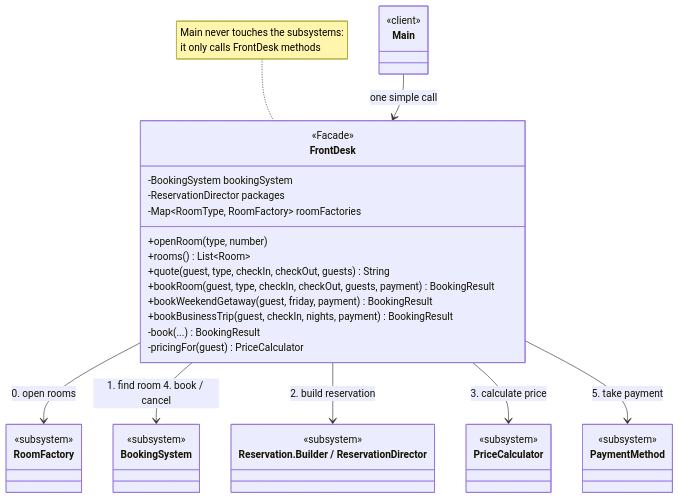
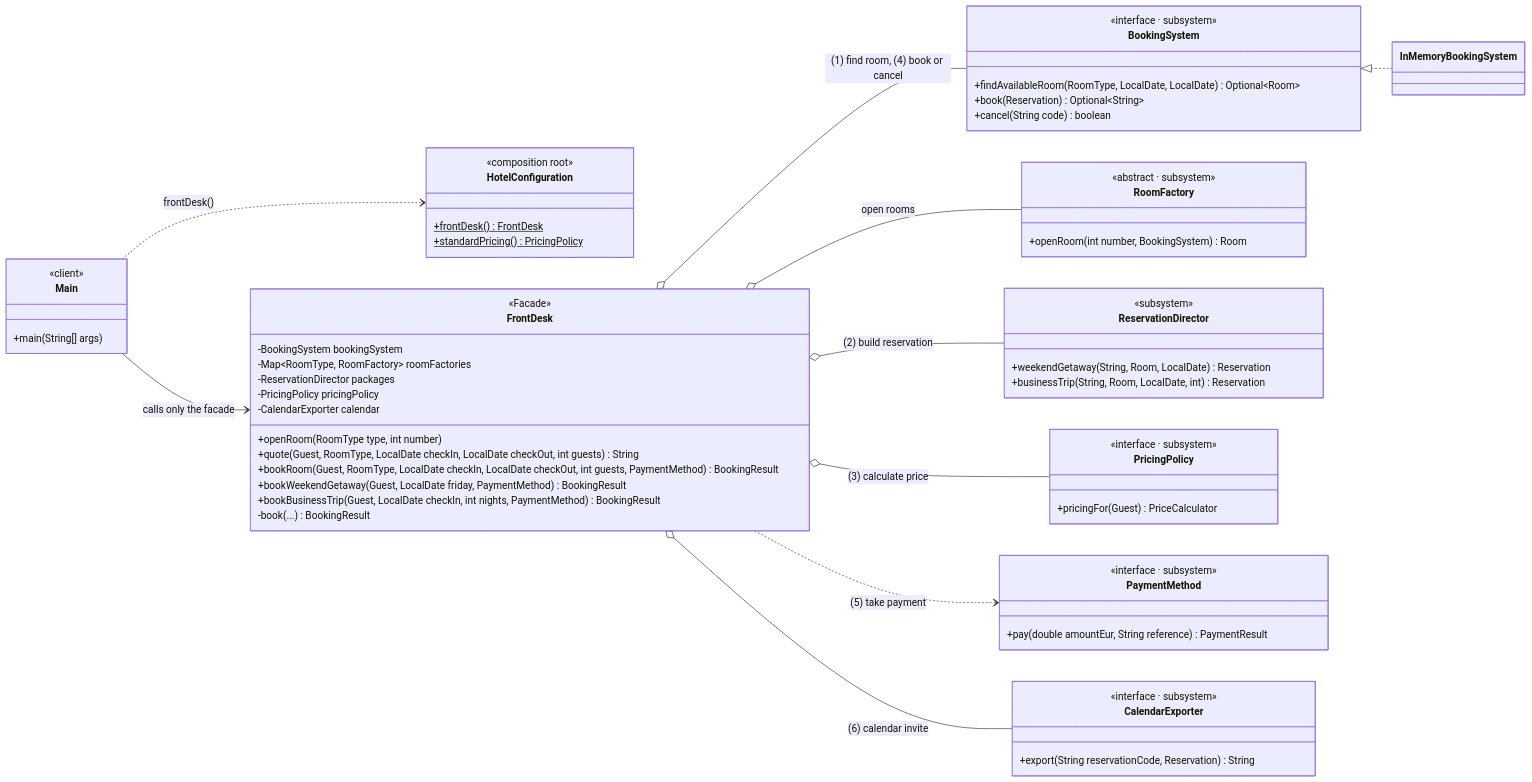
One commit to chiriladam/tmps-labs changed the diagram in lab2/diagrams/2-facade.mmd. Above: the diagram before and after it, drawn with Mermaid. The commit also changed 9 other files, not shown here.

Commit message:
Lab 2: update diagrams for the new design and re-render the PNGs

```diff
--- a/lab2/diagrams/2-facade.mmd
+++ b/lab2/diagrams/2-facade.mmd
@@ -1,42 +1,62 @@
 classDiagram
-    direction TB
+    direction LR
     class Main {
         <<client>>
+        +main(String[] args)
+    }
+    class HotelConfiguration {
+        <<composition root>>
+        +frontDesk()$ FrontDesk
+        +standardPricing()$ PricingPolicy
     }
     class FrontDesk {
         <<Facade>>
         -BookingSystem bookingSystem
+        -Map~RoomType, RoomFactory~ roomFactories
         -ReservationDirector packages
-        -Map~RoomType, RoomFactory~ roomFactories
-        +openRoom(type, number)
-        +rooms() List~Room~
-        +quote(guest, type, checkIn, checkOut, guests) String
-        +bookRoom(guest, type, checkIn, checkOut, guests, payment) BookingResult
-        +bookWeekendGetaway(guest, friday, payment) BookingResult
-        +bookBusinessTrip(guest, checkIn, nights, payment) BookingResult
+        -PricingPolicy pricingPolicy
+        -CalendarExporter calendar
+        +openRoom(RoomType type, int number)
+        +quote(Guest, RoomType, LocalDate checkIn, LocalDate checkOut, int guests) String
+        +bookRoom(Guest, RoomType, LocalDate checkIn, LocalDate checkOut, int guests, PaymentMethod) BookingResult
+        +bookWeekendGetaway(Guest, LocalDate friday, PaymentMethod) BookingResult
+        +bookBusinessTrip(Guest, LocalDate checkIn, int nights, PaymentMethod) BookingResult
         -book(...) BookingResult
-        -pricingFor(guest) PriceCalculator
-    }
-    class RoomFactory {
-        <<subsystem>>
-    }
-    class ReservationBuilder["Reservation.Builder / ReservationDirector"] {
-        <<subsystem>>
     }
     class BookingSystem {
+        <<interface · subsystem>>
+        +findAvailableRoom(RoomType, LocalDate, LocalDate) Optional~Room~
+        +book(Reservation) Optional~String~
+        +cancel(String code) boolean
+    }
+    class InMemoryBookingSystem
+    class RoomFactory {
+        <<abstract · subsystem>>
+        +openRoom(int number, BookingSystem) Room
+    }
+    class ReservationDirector {
         <<subsystem>>
+        +weekendGetaway(String, Room, LocalDate) Reservation
+        +businessTrip(String, Room, LocalDate, int) Reservation
     }
-    class PriceCalculator {
-        <<subsystem>>
+    class PricingPolicy {
+        <<interface · subsystem>>
+        +pricingFor(Guest) PriceCalculator
     }
     class PaymentMethod {
-        <<subsystem>>
+        <<interface · subsystem>>
+        +pay(double amountEur, String reference) PaymentResult
     }
-    Main --> FrontDesk : one simple call
-    FrontDesk --> RoomFactory : 0. open rooms
-    FrontDesk --> BookingSystem : 1. find room 4. book / cancel
-    FrontDesk --> ReservationBuilder : 2. build reservation
-    FrontDesk --> PriceCalculator : 3. calculate price
-    FrontDesk --> PaymentMethod : 5. take payment
-    note for FrontDesk "Main never touches the subsystems:
-it only calls FrontDesk methods"
+    class CalendarExporter {
+        <<interface · subsystem>>
+        +export(String reservationCode, Reservation) String
+    }
+    Main --> FrontDesk : calls only the facade
+    Main ..> HotelConfiguration : frontDesk()
+    FrontDesk o-- BookingSystem : (1) find room, (4) book or cancel
+    FrontDesk o-- RoomFactory : open rooms
+    FrontDesk o-- ReservationDirector : (2) build reservation
+    FrontDesk o-- PricingPolicy : (3) calculate price
+    FrontDesk ..> PaymentMethod : (5) take payment
+    FrontDesk o-- CalendarExporter : (6) calendar invite
+    BookingSystem <|.. InMemoryBookingSystem
```
